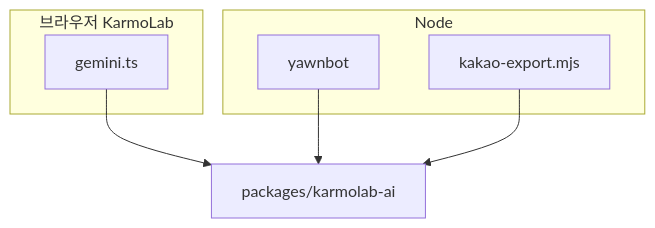
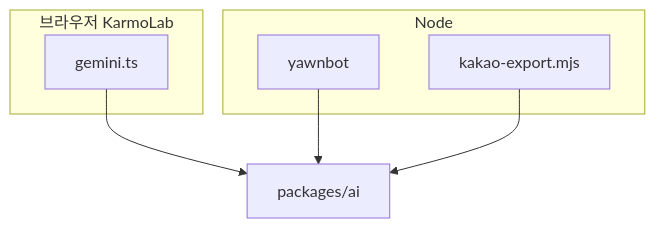
One commit to mascari4615/mascari4615.github.io changed the diagram in apps/karmolab/js/widgets/docs/karmolab-ai.md. Above: the diagram before and after it, drawn with Mermaid. The commit also changed other lines of this file and 103 other files, not shown here.

First line of the commit message:
refactor(packages): karmolab-ai -> @karmo/ai (이름 이관)

````diff
--- a/apps/karmolab/js/widgets/docs/karmolab-ai.md
+++ b/apps/karmolab/js/widgets/docs/karmolab-ai.md
@@ -25,14 +25,14 @@
 ```mermaid
 flowchart TB
-  PKG["packages/karmolab-ai"]
+  PKG["packages/ai"]
   subgraph kl["브라우저 KarmoLab"]
     GT["gemini.ts"]
   end
   subgraph node["Node"]
     YB["yawnbot"]
     KAK["kakao-export.mjs"]
   end
   GT --> PKG
   YB --> PKG
   KAK --> PKG
 ```
````
